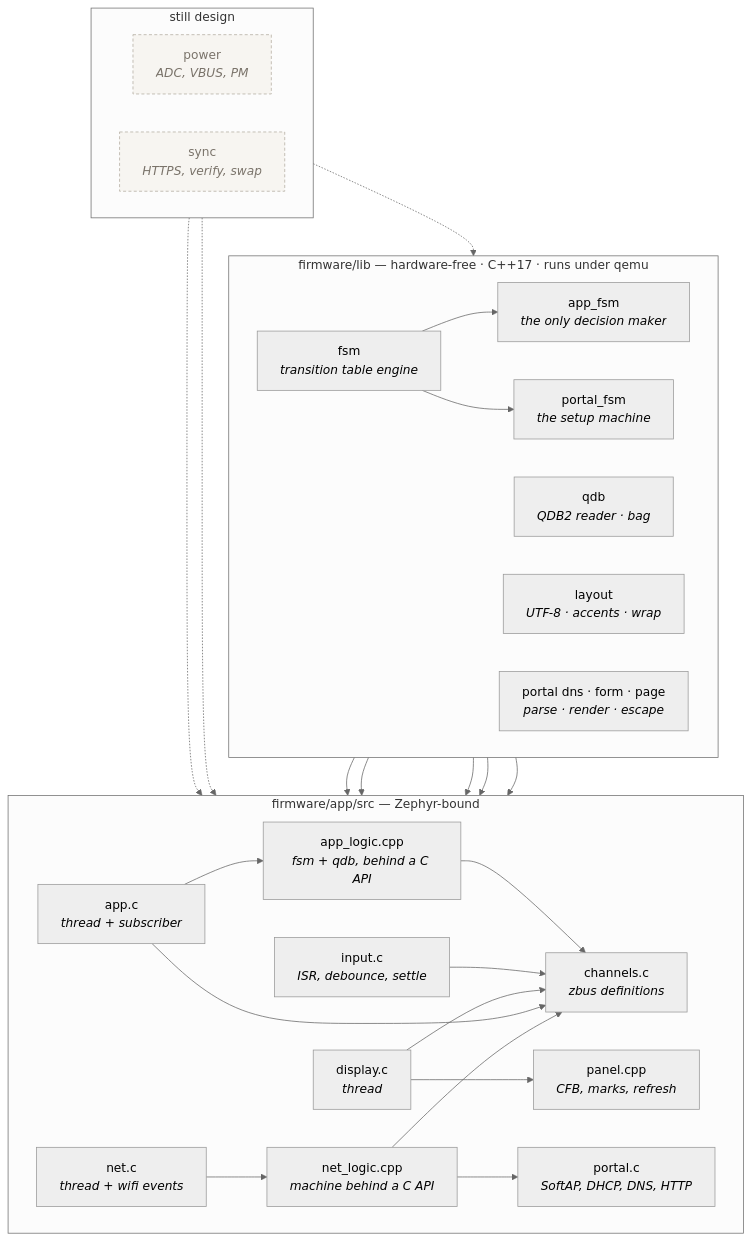
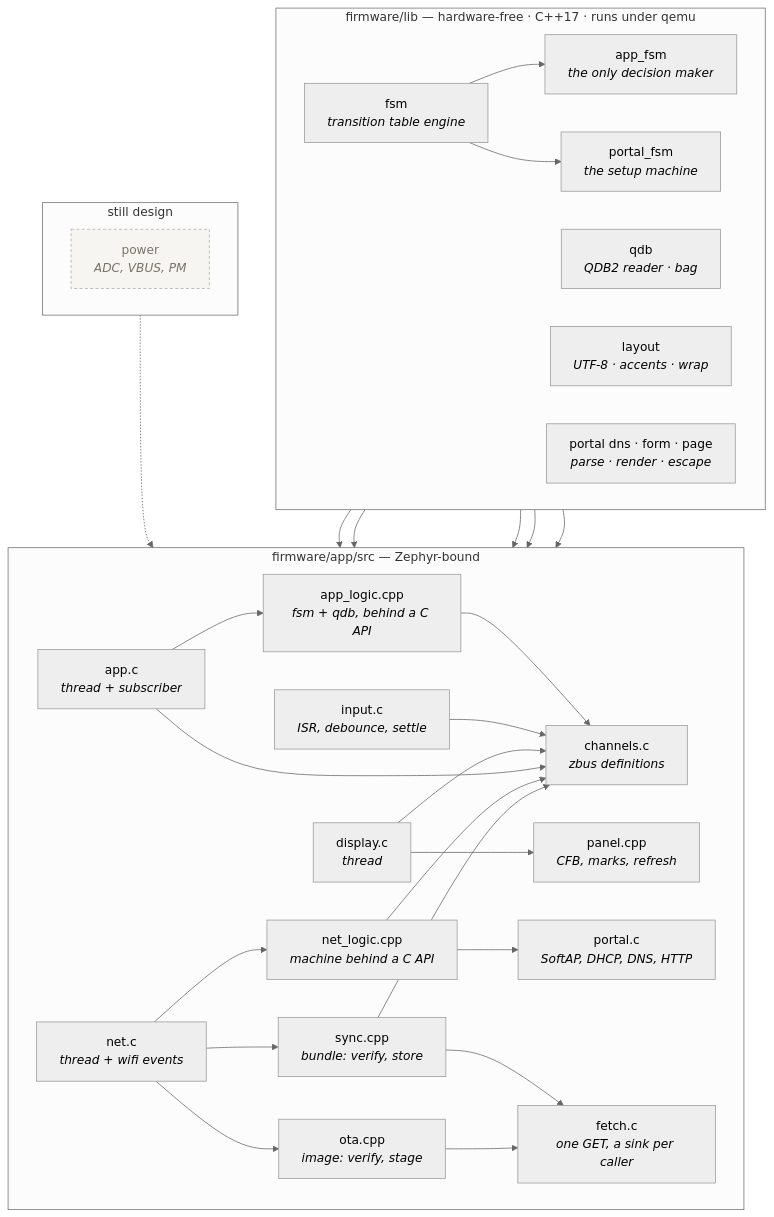
One commit to giacomomellone/cicala changed the fourth of 15 diagrams in docs/firmware_architecture.md. Above: the diagram before and after it, drawn with Mermaid (neutral theme). The commit also changed other lines of this file and 6 other files, not shown here.

````diff
--- a/docs/firmware_architecture.md
+++ b/docs/firmware_architecture.md
@@ -308,53 +308,58 @@
 ```mermaid
 flowchart TB
     subgraph pure["firmware/lib — hardware-free · C++17 · runs under qemu"]
         direction LR
         FSM[fsm<br/><i>transition table engine</i>]
         APPFSM[app_fsm<br/><i>the only decision maker</i>]
         QDB[qdb<br/><i>QDB2 reader · bag</i>]
         LAY[layout<br/><i>UTF-8 · accents · wrap</i>]
         PFSM[portal_fsm<br/><i>the setup machine</i>]
         PBITS[portal dns · form · page<br/><i>parse · render · escape</i>]
     end
 
     subgraph glue["firmware/app/src — Zephyr-bound"]
         direction LR
         CHAN[channels.c<br/><i>zbus definitions</i>]
         INPUT[input.c<br/><i>ISR, debounce, settle</i>]
         APPC[app.c<br/><i>thread + subscriber</i>]
         LOGIC[app_logic.cpp<br/><i>fsm + qdb, behind a C API</i>]
         DISP[display.c<br/><i>thread</i>]
         PANEL[panel.cpp<br/><i>CFB, marks, refresh</i>]
         NETC[net.c<br/><i>thread + wifi events</i>]
         NLOG[net_logic.cpp<br/><i>machine behind a C API</i>]
         PORTALC[portal.c<br/><i>SoftAP, DHCP, DNS, HTTP</i>]
+        FETCH[fetch.c<br/><i>one GET, a sink per caller</i>]
+        SYNCC[sync.cpp<br/><i>bundle: verify, store</i>]
+        OTAC[ota.cpp<br/><i>image: verify, stage</i>]
     end
 
     subgraph todo["still design"]
         direction LR
         POWER[power<br/><i>ADC, VBUS, PM</i>]:::t
-        SYNC[sync<br/><i>HTTPS, verify, swap</i>]:::t
     end
 
     FSM --> APPFSM
     APPFSM --> LOGIC
     QDB --> LOGIC
     LAY --> PANEL
     APPC --> LOGIC
     LOGIC --> CHAN
     INPUT --> CHAN
     DISP --> PANEL
     DISP --> CHAN
     APPC --> CHAN
     FSM --> PFSM
     PFSM --> NLOG
     PBITS --> PORTALC
     NETC --> NLOG
     NLOG --> PORTALC
     NLOG --> CHAN
-    SYNC -.-> QDB
-    SYNC -.-> CHAN
+    NETC --> SYNCC
+    NETC --> OTAC
+    SYNCC --> FETCH
+    OTAC --> FETCH
+    SYNCC --> CHAN
     POWER -.-> CHAN
 
     classDef t fill:#f7f5f1,stroke:#b3aca0,stroke-dasharray:4 3,color:#7a736a
 ```
````
